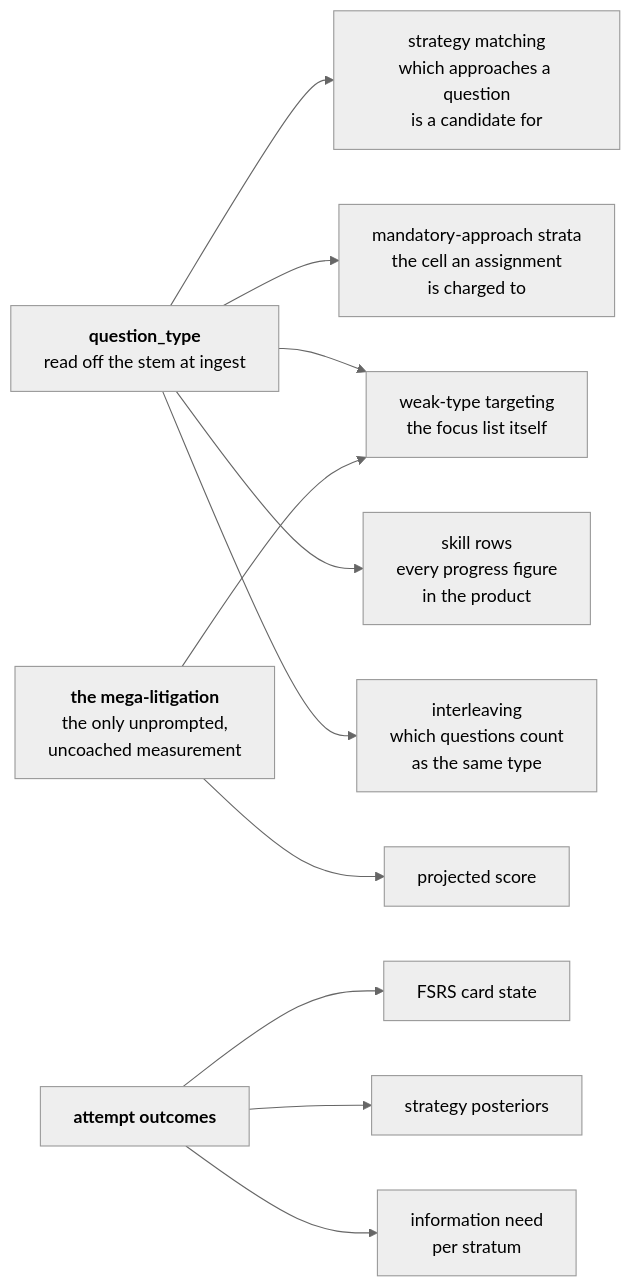
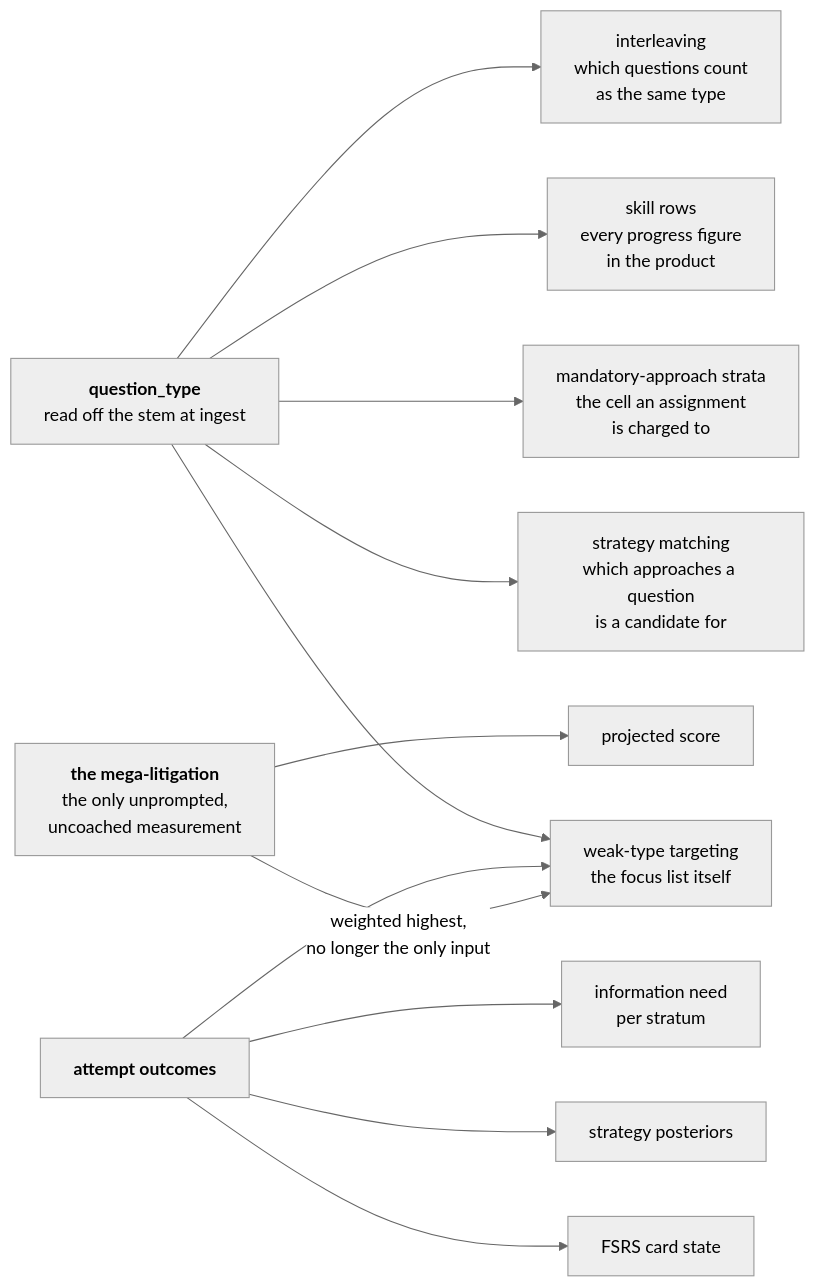
The second of 2 diagrams in docs/learning-system.md (nischayhegde/LSATspeedrun), drawn with Mermaid (neutral theme) before and after one commit. The commit also changed other lines of this file, not shown here.

````diff
--- a/docs/learning-system.md
+++ b/docs/learning-system.md
@@ -166,16 +196,17 @@
 ```mermaid
 flowchart LR
     QT["<b>question_type</b><br/>read off the stem at ingest"]
     QT --> A["strategy matching<br/>which approaches a question<br/>is a candidate for"]
     QT --> B["mandatory-approach strata<br/>the cell an assignment<br/>is charged to"]
     QT --> C["weak-type targeting<br/>the focus list itself"]
     QT --> D["skill rows<br/>every progress figure<br/>in the product"]
     QT --> E["interleaving<br/>which questions count<br/>as the same type"]
 
-    DIAG["<b>the mega-litigation</b><br/>the only unprompted,<br/>uncoached measurement"] --> C
-    DIAG --> F["projected score"]
-
-    ATT["<b>attempt outcomes</b>"] --> G["FSRS card state"]
+    ATT["<b>attempt outcomes</b>"] --> C
+    ATT --> G["FSRS card state"]
     ATT --> H["strategy posteriors"]
     ATT --> I["information need<br/>per stratum"]
+
+    DIAG["<b>the mega-litigation</b><br/>the only unprompted,<br/>uncoached measurement"] -->|"weighted highest,<br/>no longer the only input"| C
+    DIAG --> F["projected score"]
 ```
````
